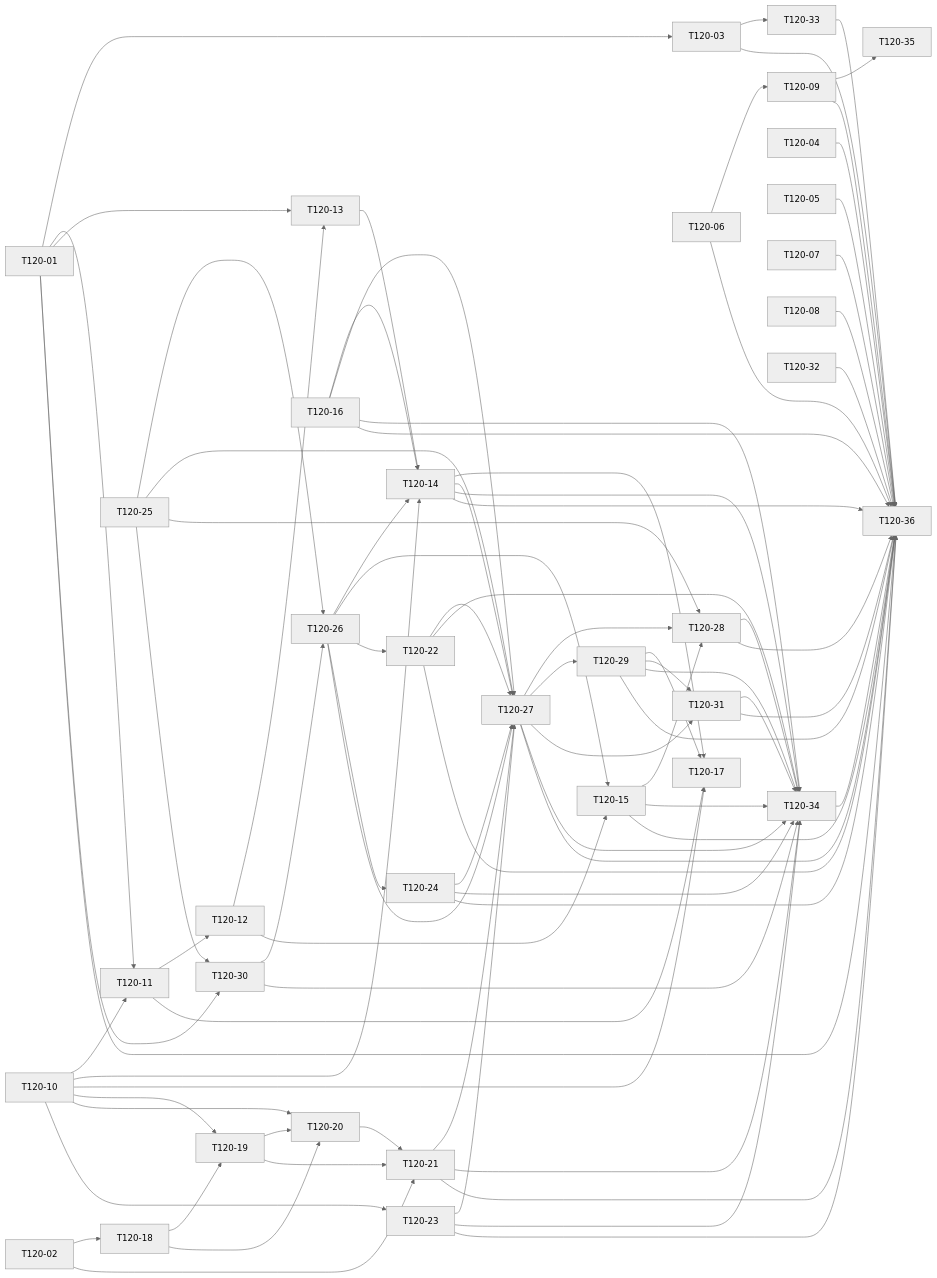
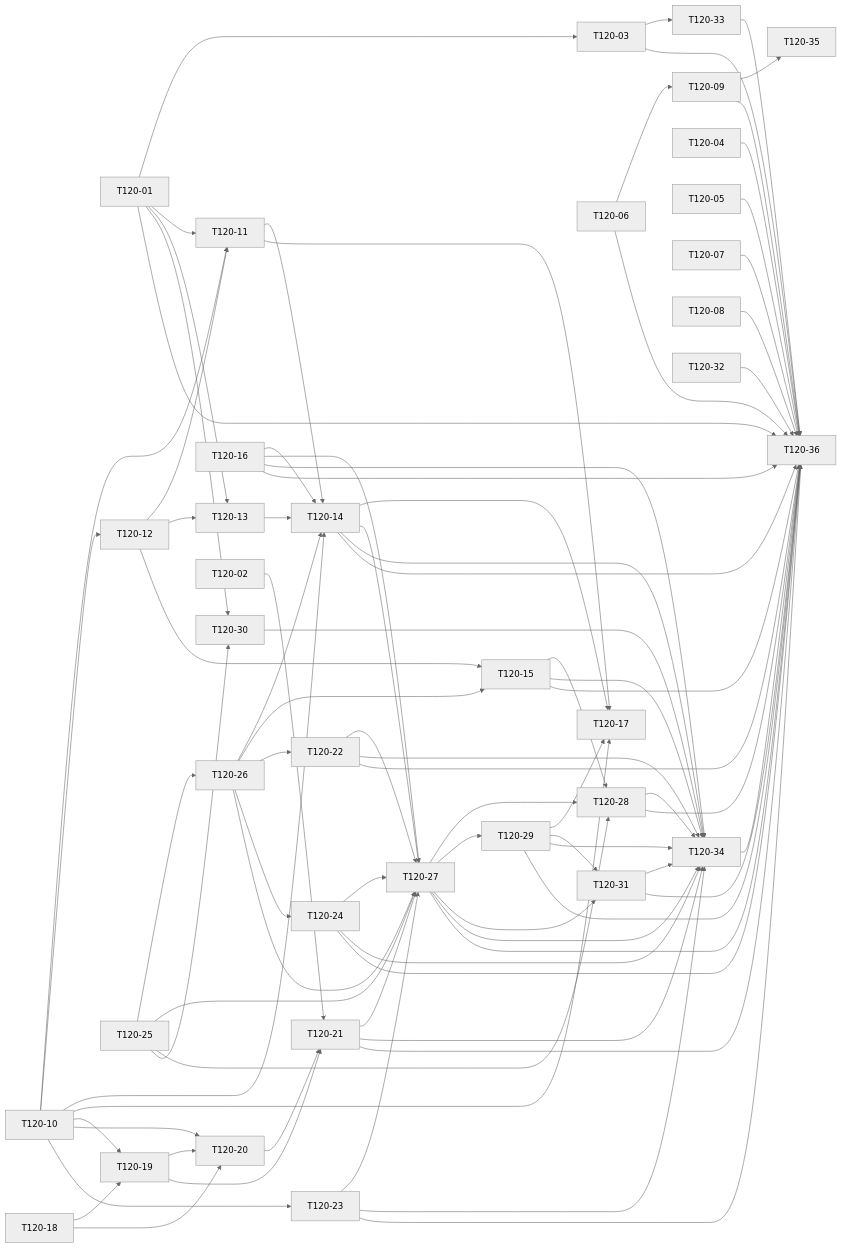
One commit to nevermeetagain/Aidean changed the diagram in docs/任务规划V0.12.0/08_依赖DAG.md. Above: the diagram before and after it, drawn with Mermaid (neutral theme). The commit also changed other lines of this file and 56 other files, not shown here.

```diff
--- a/docs/任务规划V0.12.0/08_依赖DAG.md
+++ b/docs/任务规划V0.12.0/08_依赖DAG.md
@@ -48,20 +85,21 @@
 T120-06 --> T120-09
 T120-10 --> T120-11
 T120-01 --> T120-11
-T120-11 --> T120-12
+T120-12 --> T120-11
+T120-10 --> T120-12
 T120-01 --> T120-13
 T120-12 --> T120-13
 T120-13 --> T120-14
 T120-10 --> T120-14
 T120-26 --> T120-14
 T120-16 --> T120-14
+T120-11 --> T120-14
 T120-12 --> T120-15
 T120-26 --> T120-15
 T120-10 --> T120-17
 T120-11 --> T120-17
 T120-14 --> T120-17
 T120-29 --> T120-17
-T120-02 --> T120-18
 T120-10 --> T120-19
 T120-18 --> T120-19
 T120-10 --> T120-20
@@ -74,7 +112,6 @@
 T120-10 --> T120-23
 T120-26 --> T120-24
 T120-25 --> T120-26
-T120-30 --> T120-26
 T120-25 --> T120-27
 T120-26 --> T120-27
 T120-14 --> T120-27
```
